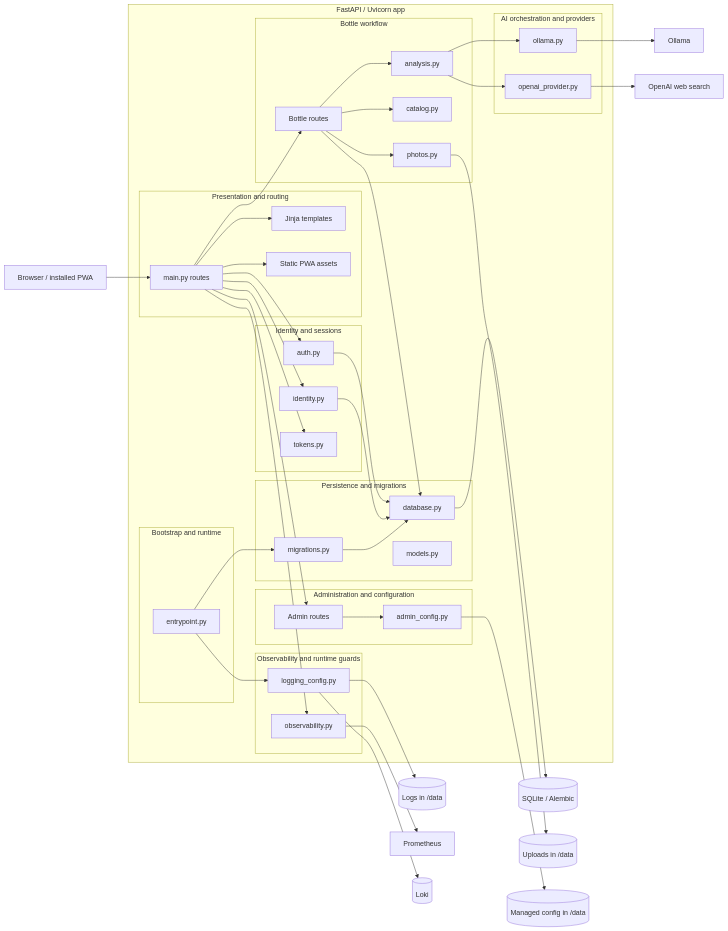
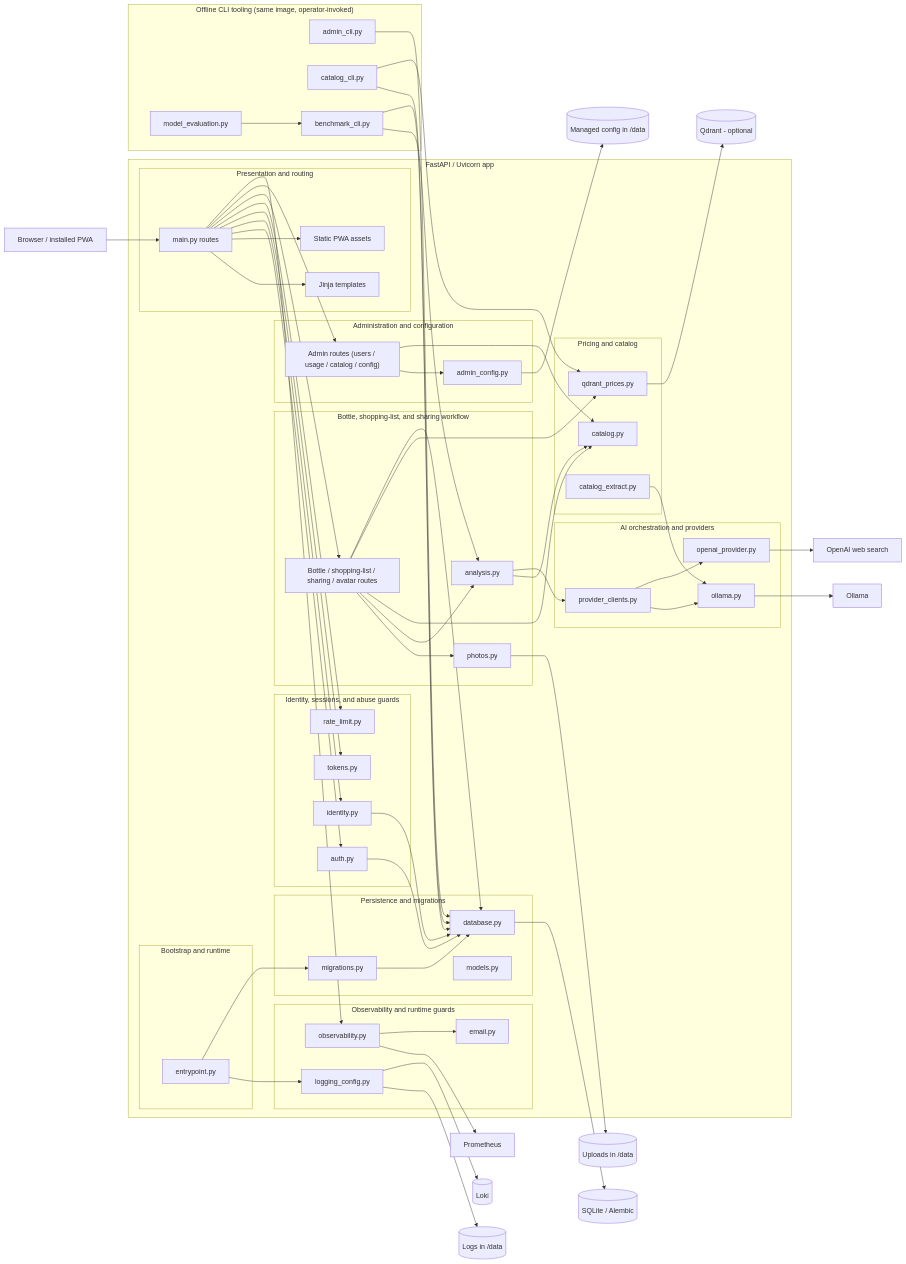
Before and after one commit to adhatcher-org/bourbonbook: the diagram in docs/architecture/c3-components.md, drawn with Mermaid. The commit also changed other lines of this file and 50 other files, not shown here.

````diff
--- a/docs/architecture/c3-components.md
+++ b/docs/architecture/c3-components.md
@@ -21,26 +23,33 @@
       static[Static PWA assets]
     end
 
-    subgraph identity["Identity and sessions"]
+    subgraph identity["Identity, sessions, and abuse guards"]
       auth[auth.py]
       identity_mod[identity.py]
       tokens[tokens.py]
+      rate_limit[rate_limit.py]
     end
 
-    subgraph bottles["Bottle workflow"]
-      bottle_routes[Bottle routes]
+    subgraph bottles["Bottle, shopping-list, and sharing workflow"]
+      bottle_routes[Bottle / shopping-list / sharing / avatar routes]
       photos[photos.py]
-      catalog[catalog.py]
       analysis[analysis.py]
     end
 
     subgraph ai["AI orchestration and providers"]
+      provider_clients[provider_clients.py]
       ollama_mod[ollama.py]
       openai_mod[openai_provider.py]
     end
 
+    subgraph pricing["Pricing and catalog"]
+      catalog[catalog.py]
+      qdrant_mod[qdrant_prices.py]
+      catalog_extract[catalog_extract.py]
+    end
+
     subgraph admin["Administration and configuration"]
-      admin_routes[Admin routes]
+      admin_routes["Admin routes (users / usage / catalog / config)"]
       admin_config[admin_config.py]
     end
 
@@ -53,7 +62,15 @@
     subgraph obs["Observability and runtime guards"]
       observability[observability.py]
       logging_config[logging_config.py]
+      email_mod[email.py]
     end
+  end
+
+  subgraph cli["Offline CLI tooling (same image, operator-invoked)"]
+    admin_cli[admin_cli.py]
+    catalog_cli[catalog_cli.py]
+    benchmark_cli[benchmark_cli.py]
+    model_evaluation[model_evaluation.py]
   end
 
   sqlite[(SQLite / Alembic)]
@@ -62,6 +79,7 @@
   logs[(Logs in /data)]
   ollama[Ollama]
   openai[OpenAI web search]
+  qdrant[(Qdrant - optional)]
   prometheus[Prometheus]
   loki[(Loki)]
 
@@ -71,19 +89,25 @@
   routes --> auth
   routes --> identity_mod
   routes --> tokens
+  routes --> rate_limit
   routes --> bottle_routes
   routes --> admin_routes
   routes --> observability
 
   bottle_routes --> photos
+  bottle_routes --> analysis
   bottle_routes --> catalog
-  bottle_routes --> analysis
-  analysis --> ollama_mod
-  analysis --> openai_mod
+  bottle_routes --> qdrant_mod
+  analysis --> catalog
+  analysis --> provider_clients
+  provider_clients --> ollama_mod
+  provider_clients --> openai_mod
   ollama_mod --> ollama
   openai_mod --> openai
+  qdrant_mod --> qdrant
 
   admin_routes --> admin_config
+  admin_routes --> catalog
   admin_config --> config
 
   database --> sqlite
@@ -93,9 +117,18 @@
   auth --> database
 
   observability --> prometheus
+  observability --> email_mod
   logging_config --> logs
   logging_config --> loki
   photos --> uploads
   entrypoint --> logging_config
   entrypoint --> migrations
+
+  admin_cli --> database
+  catalog_cli --> database
+  catalog_cli --> qdrant_mod
+  catalog_extract --> ollama_mod
+  benchmark_cli --> analysis
+  benchmark_cli --> database
+  model_evaluation --> benchmark_cli
 ```
````
